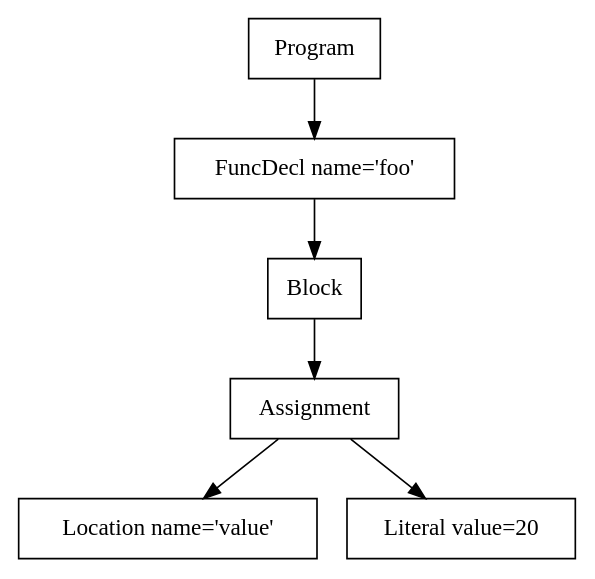
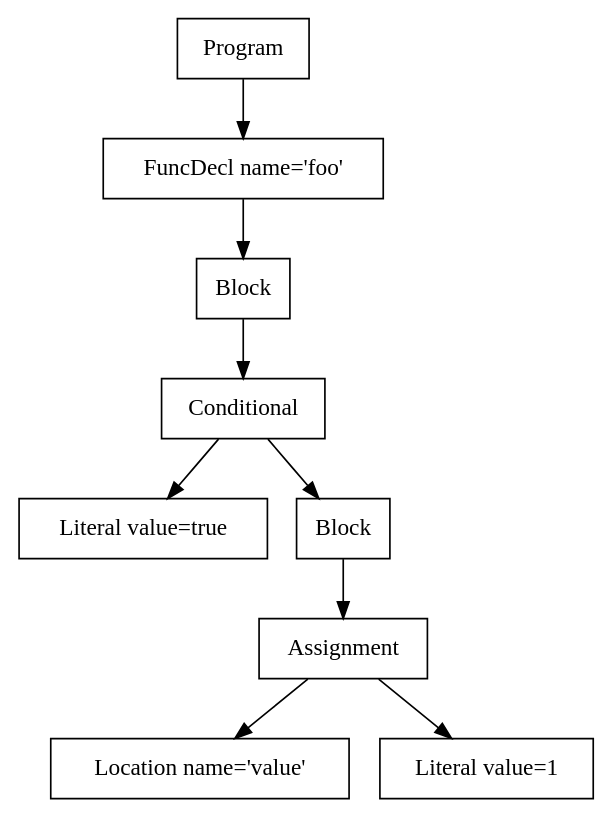
Before and after one commit to tran3jm/doxxlyne: the diagram in p2/p2-parser/ast.dot, drawn with Graphviz. The commit also changed 11 other files, not shown here.

```diff
--- a/p2/p2-parser/ast.dot
+++ b/p2/p2-parser/ast.dot
@@ -1,13 +1,19 @@
 digraph AST {
-4 [shape=box, label="Location name='value'"];
-5 [shape=box, label="Literal value=20"];
-3 [shape=box, label="Assignment"];
+4 [shape=box, label="Literal value=true"];
+7 [shape=box, label="Location name='value'"];
+8 [shape=box, label="Literal value=1"];
+6 [shape=box, label="Assignment"];
+6 -> 7;
+6 -> 8;
+5 [shape=box, label="Block"];
+5 -> 6;
+3 [shape=box, label="Conditional"];
 3 -> 4;
 3 -> 5;
 2 [shape=box, label="Block"];
 2 -> 3;
 1 [shape=box, label="FuncDecl name='foo'"];
 1 -> 2;
 0 [shape=box, label="Program"];
 0 -> 1;
 }
```
